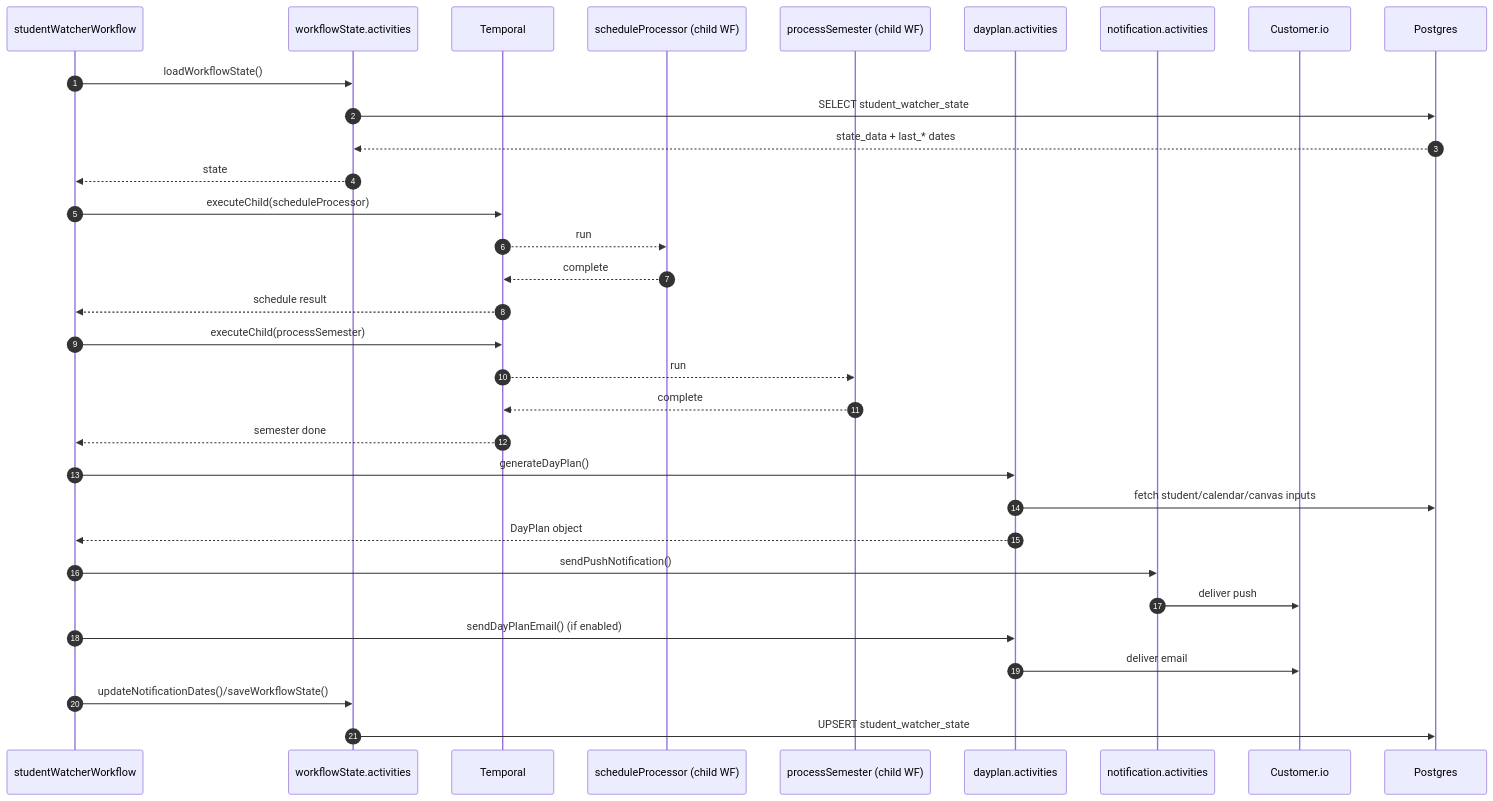
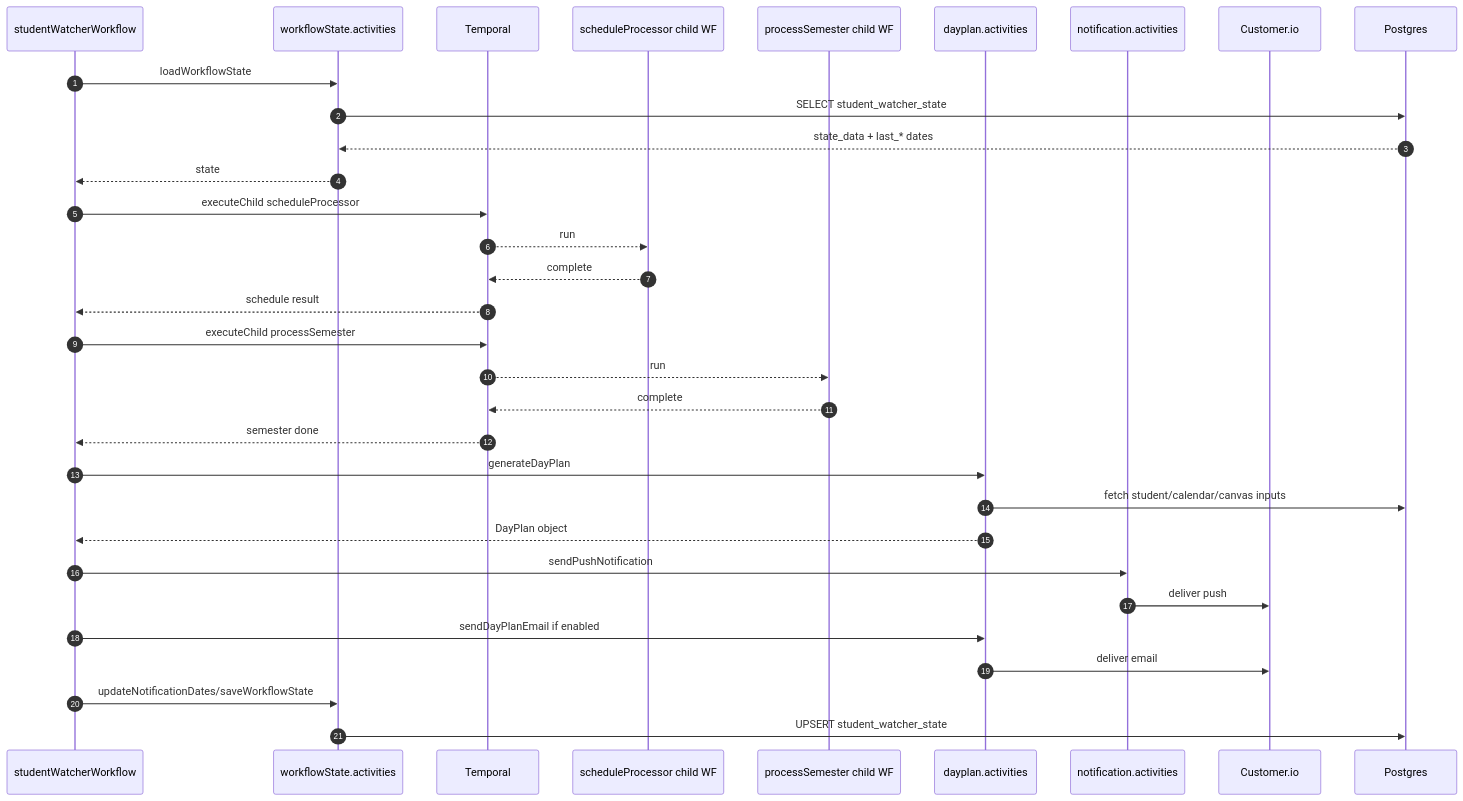
Diagram 15 of 23 in docs/engineering/architecture/how-dormway-works.mdx (DormWay/mintlify-docs), drawn with Mermaid before and after one commit. The commit also changed other lines of this file, not shown here.

First line of the commit message:
fix: sanitize all 23 mermaid diagrams for Mermaid 11.x

````diff
--- a/docs/engineering/architecture/how-dormway-works.mdx
+++ b/docs/engineering/architecture/how-dormway-works.mdx
@@ -763,40 +763,40 @@
 ```mermaid
 sequenceDiagram
   autonumber
   participant Watcher as studentWatcherWorkflow
   participant State as workflowState.activities
   participant Temporal as Temporal
-  participant Sched as scheduleProcessor (child WF)
-  participant Sem as processSemester (child WF)
+  participant Sched as scheduleProcessor child WF
+  participant Sem as processSemester child WF
   participant DayPlan as dayplan.activities
   participant Notify as notification.activities
   participant CIO as Customer.io
   participant DB as Postgres
 
-  Watcher->>State: loadWorkflowState()
+  Watcher->>State: loadWorkflowState
   State->>DB: SELECT student_watcher_state
   DB-->>State: state_data + last_* dates
   State-->>Watcher: state
 
-  Watcher->>Temporal: executeChild(scheduleProcessor)
+  Watcher->>Temporal: executeChild scheduleProcessor
   Temporal-->>Sched: run
   Sched-->>Temporal: complete
   Temporal-->>Watcher: schedule result
 
-  Watcher->>Temporal: executeChild(processSemester)
+  Watcher->>Temporal: executeChild processSemester
   Temporal-->>Sem: run
   Sem-->>Temporal: complete
   Temporal-->>Watcher: semester done
 
-  Watcher->>DayPlan: generateDayPlan()
+  Watcher->>DayPlan: generateDayPlan
   DayPlan->>DB: fetch student/calendar/canvas inputs
   DayPlan-->>Watcher: DayPlan object
 
-  Watcher->>Notify: sendPushNotification()
+  Watcher->>Notify: sendPushNotification
   Notify->>CIO: deliver push
-  Watcher->>DayPlan: sendDayPlanEmail() (if enabled)
+  Watcher->>DayPlan: sendDayPlanEmail if enabled
   DayPlan->>CIO: deliver email
 
-  Watcher->>State: updateNotificationDates()/saveWorkflowState()
+  Watcher->>State: updateNotificationDates/saveWorkflowState
   State->>DB: UPSERT student_watcher_state
 ```
````
